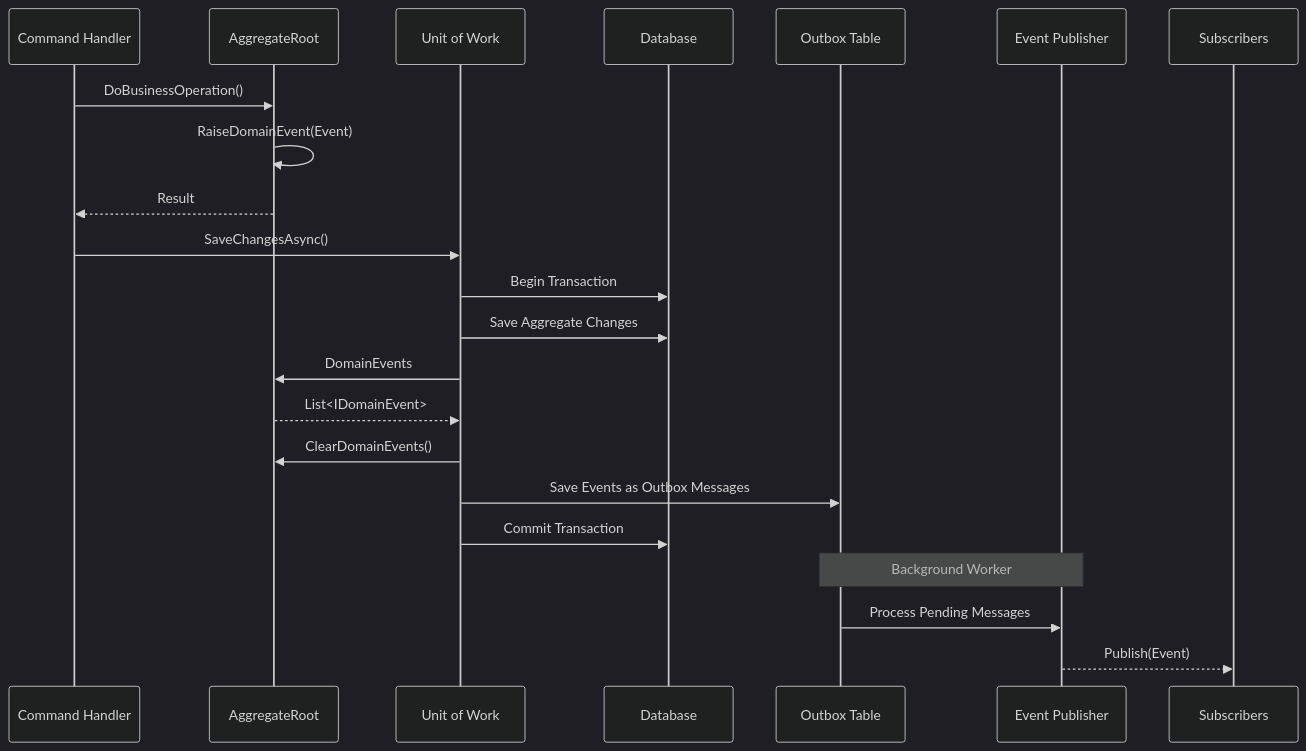
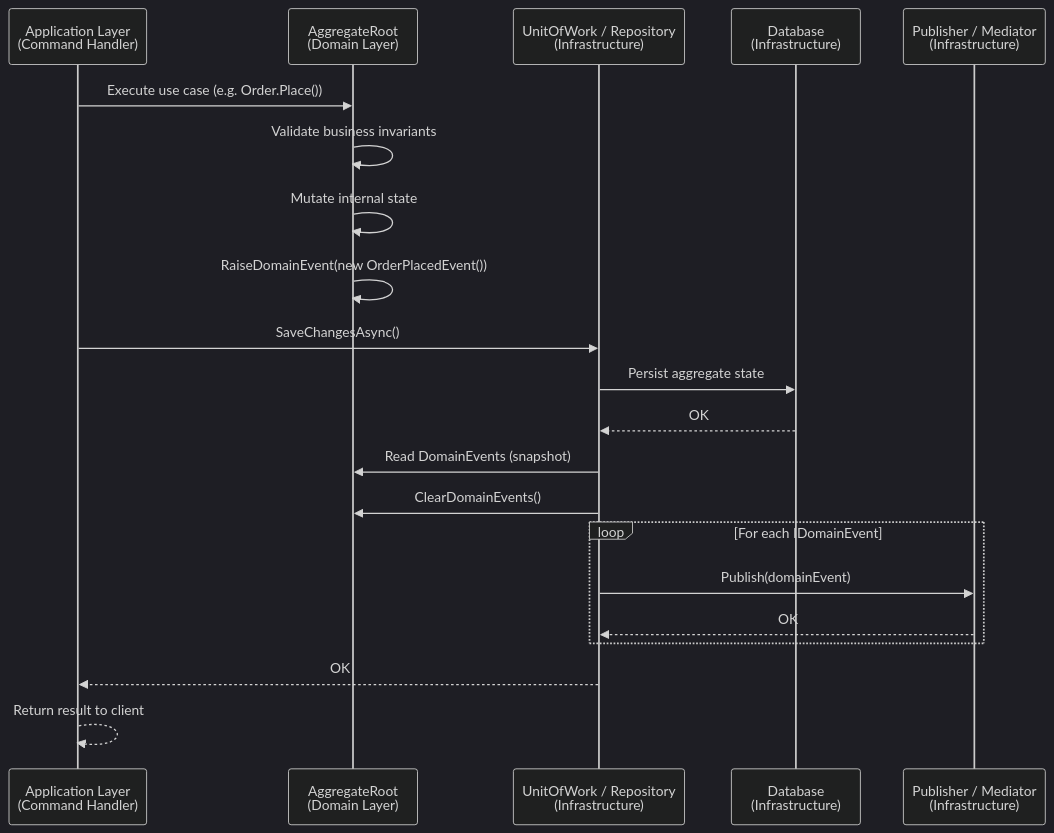
One commit to ericksonlopezf/dotnet-shared-kernel changed the third of 7 diagrams in docs/Architecture.md. Above: the diagram before and after it, drawn with Mermaid (dark theme). The commit also changed other lines of this file and 116 other files, not shown here.

Commit message:
feat!: redesign core architecture and remove obsolete classes

````diff
--- a/docs/Architecture.md
+++ b/docs/Architecture.md
@@ -47,28 +71,28 @@
 ```mermaid
 sequenceDiagram
-    participant Command as Command Handler
-    participant Aggregate as AggregateRoot
-    participant UoW as Unit of Work
-    participant Db as Database
-    participant Outbox as Outbox Table
-    participant Publisher as Event Publisher
+    participant App as Application Layer<br/>(Command Handler)
+    participant AR as AggregateRoot<br/>(Domain Layer)
+    participant UoW as UnitOfWork / Repository<br/>(Infrastructure)
+    participant DB as Database<br/>(Infrastructure)
+    participant Pub as Publisher / Mediator<br/>(Infrastructure)
 
-    Command->>Aggregate: DoBusinessOperation()
-    Aggregate->>Aggregate: RaiseDomainEvent(Event)
-    Aggregate-->>Command: Result
-    
-    Command->>UoW: SaveChangesAsync()
-    UoW->>Db: Begin Transaction
-    UoW->>Db: Save Aggregate Changes
-    
-    UoW->>Aggregate: DomainEvents
-    Aggregate-->>UoW: List<IDomainEvent>
-    UoW->>Aggregate: ClearDomainEvents()
-    
-    UoW->>Outbox: Save Events as Outbox Messages
-    UoW->>Db: Commit Transaction
-    
-    Note over Outbox, Publisher: Background Worker
-    Outbox->>Publisher: Process Pending Messages
-    Publisher-->>Subscribers: Publish(Event)
+    App->>AR: Execute use case (e.g. Order.Place())
+    AR->>AR: Validate business invariants
+    AR->>AR: Mutate internal state
+    AR->>AR: RaiseDomainEvent(new OrderPlacedEvent())
+
+    App->>UoW: SaveChangesAsync()
+    UoW->>DB: Persist aggregate state
+    DB-->>UoW: OK
+
+    UoW->>AR: Read DomainEvents (snapshot)
+    UoW->>AR: ClearDomainEvents()
+
+    loop For each IDomainEvent
+        UoW->>Pub: Publish(domainEvent)
+        Pub-->>UoW: OK
+    end
+
+    UoW-->>App: OK
+    App-->>App: Return result to client
 ```
````
